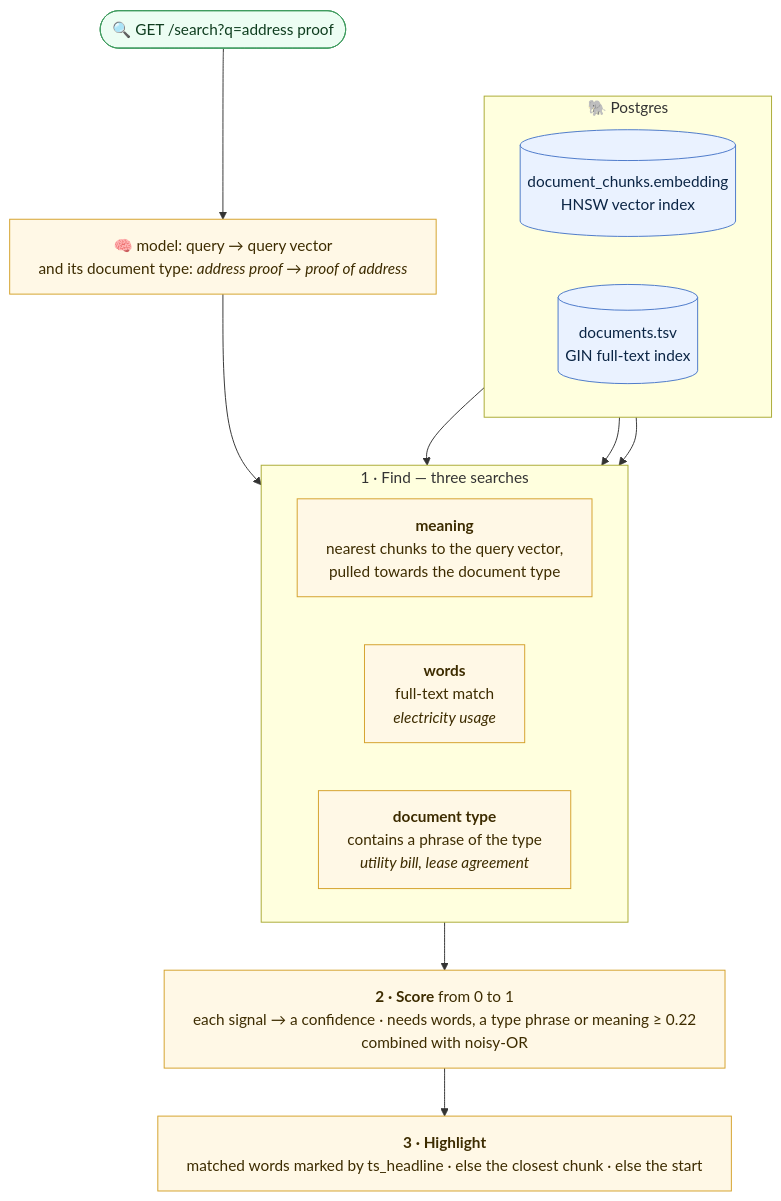
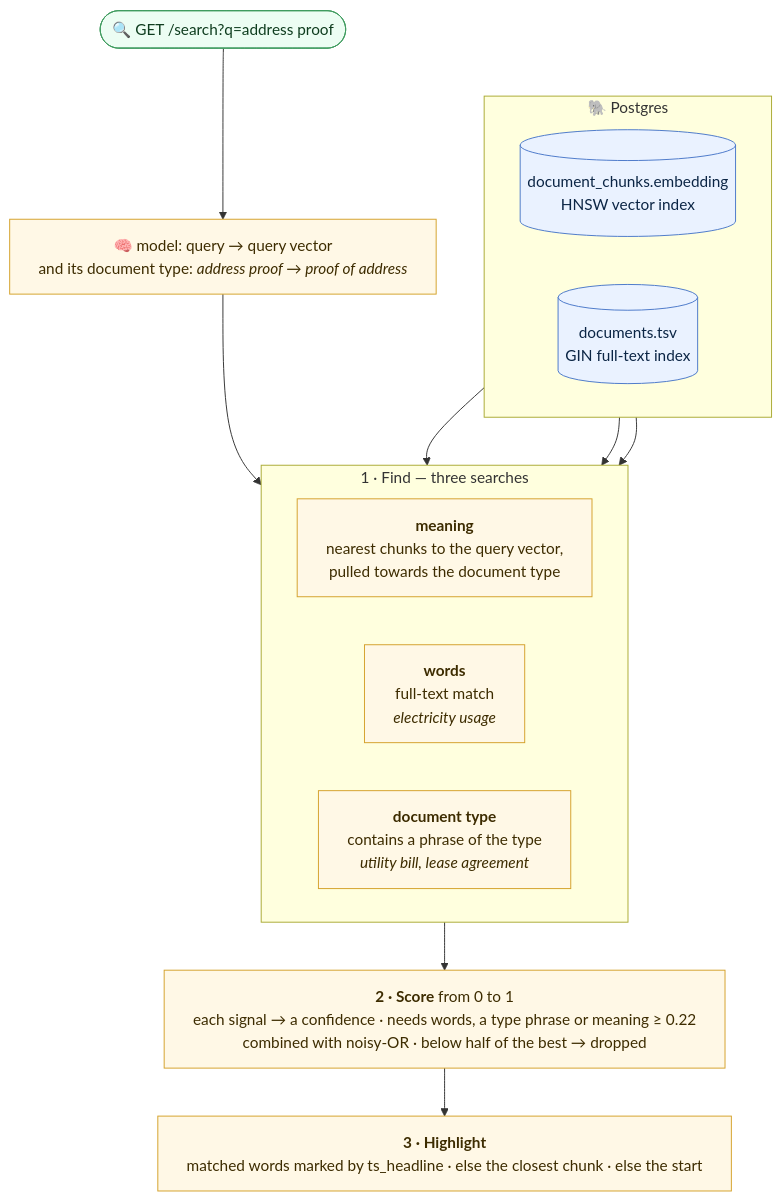
Before and after one commit to refined/neviswealth: the third of 3 diagrams in README.md, drawn with Mermaid. The commit also changed other lines of this file, not shown here.

````diff
--- a/README.md
+++ b/README.md
@@ -191,34 +191,34 @@
 ```mermaid
 %%{init: {"flowchart": {"wrappingWidth": 1000}}}%%
 flowchart TB
     input(["🔍 GET /search?q=address proof"])
     query["🧠 model: query → query vector<br/>and its document type: <i>address proof → proof of address</i>"]
 
     subgraph indexes["🐘 Postgres"]
         direction LR
         vectors[("document_chunks.embedding<br/>HNSW vector index")]
         tsv[("documents.tsv<br/>GIN full-text index")]
     end
 
     subgraph find["1 · Find — three searches"]
         direction LR
         meaning["<b>meaning</b><br/>nearest chunks to the query vector,<br/>pulled towards the document type"]
         words["<b>words</b><br/>full-text match<br/><i>electricity usage</i>"]
         type["<b>document type</b><br/>contains a phrase of the type<br/><i>utility bill, lease agreement</i>"]
     end
 
-    score["<b>2 · Score</b> from 0 to 1<br/>each signal → a confidence · needs words, a type phrase or meaning ≥ 0.22<br/>combined with noisy-OR"]
+    score["<b>2 · Score</b> from 0 to 1<br/>each signal → a confidence · needs words, a type phrase or meaning ≥ 0.22<br/>combined with noisy-OR · below half of the best → dropped"]
     highlight["<b>3 · Highlight</b><br/>matched words marked by ts_headline · else the closest chunk · else the start"]
 
     input --> query --> find
     tsv --> words & type
     vectors --> meaning
     find --> score --> highlight
 
     classDef io fill:#ecfdf3,stroke:#3f9b5f,color:#0f3d1f
     classDef step fill:#fff8e6,stroke:#d4a12a,color:#3d2c00
     classDef store fill:#eaf2ff,stroke:#4a78c9,color:#0b2545
     class input io
     class query,words,meaning,type,score,highlight step
     class tsv,vectors store
 ```
````
